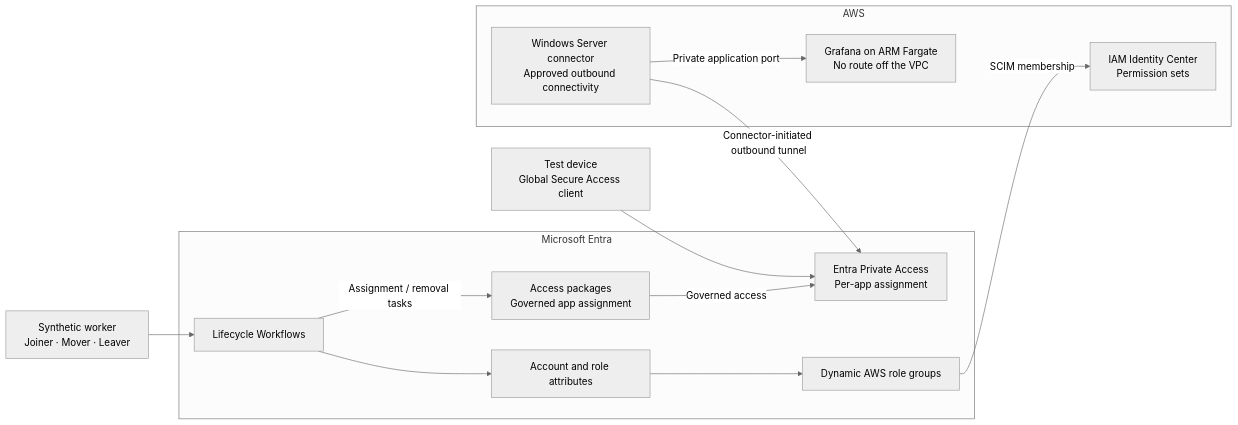
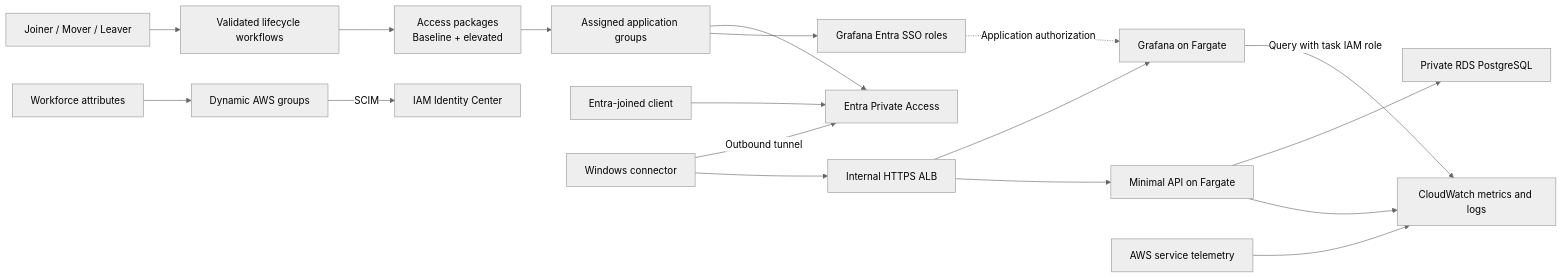
One commit to sindredg/cross-cloud-entra-aws changed the diagram in README.md. Above: the diagram before and after it, drawn with Mermaid (neutral theme). The commit also changed other lines of this file and 11 other files, not shown here.

First line of the commit message:
docs: adjust scope to an AWS operations lab with governed workforce access (#7)

````diff
--- a/README.md
+++ b/README.md
@@ -13,29 +20,20 @@
 ```mermaid
 flowchart LR
-    Worker["Synthetic worker<br/>Joiner · Mover · Leaver"]
-    Client["Test device<br/>Global Secure Access client"]
-
-    subgraph Entra["Microsoft Entra"]
-        Lifecycle["Lifecycle Workflows"]
-        Attributes["Account and role attributes"]
-        Groups["Dynamic AWS role groups"]
-        Packages["Access packages<br/>Governed app assignment"]
-        PrivateAccess["Entra Private Access<br/>Per-app assignment"]
-    end
-
-    subgraph AWS["AWS"]
-        IdentityCenter["IAM Identity Center<br/>Permission sets"]
-        Connector["Windows Server connector<br/>Approved outbound connectivity"]
-        Target["Grafana on ARM Fargate<br/>No route off the VPC"]
-    end
-
-    Worker --> Lifecycle
-    Lifecycle --> Attributes
-    Attributes --> Groups
-    Groups -->|"SCIM membership"| IdentityCenter
-    Lifecycle -->|"Assignment / removal tasks"| Packages
-    Packages -->|"Governed access"| PrivateAccess
-    Client --> PrivateAccess
-    Connector -->|"Connector-initiated outbound tunnel"| PrivateAccess
-    Connector -->|"Private application port"| Target
+    Personas["Joiner / Mover / Leaver"] --> Lifecycle["Validated lifecycle workflows"]
+    Lifecycle --> Packages["Access packages<br/>Baseline + elevated"]
+    Packages --> AppGroups["Assigned application groups"]
+    AppGroups --> PA["Entra Private Access"]
+    AppGroups --> SSO["Grafana Entra SSO roles"]
+    Attributes["Workforce attributes"] --> AWSGroups["Dynamic AWS groups"]
+    AWSGroups -->|"SCIM"| IC["IAM Identity Center"]
+    Client["Entra-joined client"] --> PA
+    Connector["Windows connector"] -->|"Outbound tunnel"| PA
+    Connector --> ALB["Internal HTTPS ALB"]
+    ALB --> Grafana["Grafana on Fargate"]
+    ALB --> API["Minimal API on Fargate"]
+    SSO -. "Application authorization" .-> Grafana
+    API --> RDS["Private RDS PostgreSQL"]
+    API --> CW["CloudWatch metrics and logs"]
+    AWS["AWS service telemetry"] --> CW
+    Grafana -->|"Query with task IAM role"| CW
 ```
````
